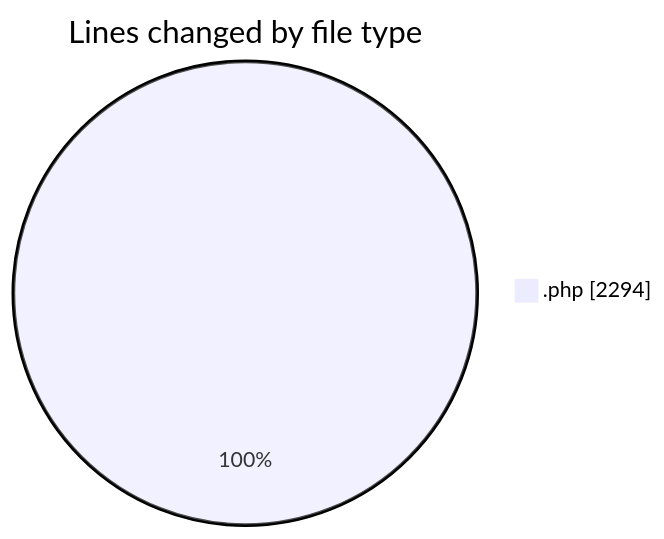
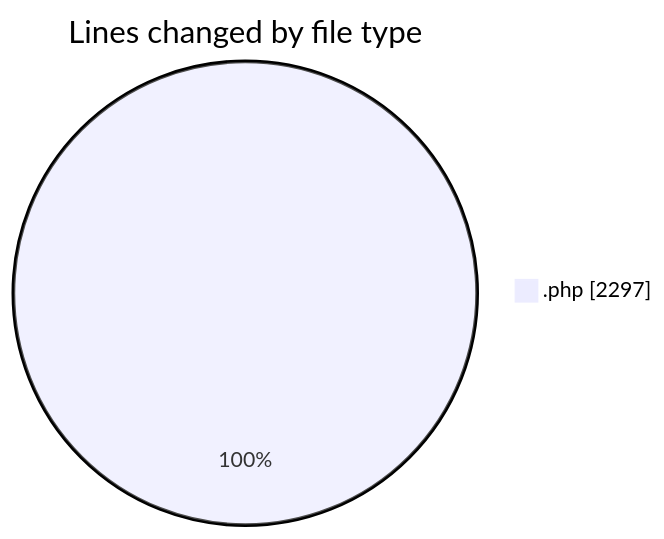
The first of 2 diagrams in 2026-08-13/untitled__workspace_/README.md (debugP/code-tracking), drawn with Mermaid before and after one commit. The commit also changed other lines of this file and 1 other file, not shown here.

````diff
--- a/2026-08-13/untitled__workspace_/README.md
+++ b/2026-08-13/untitled__workspace_/README.md
@@ -20,5 +20,5 @@
 ```mermaid
 pie showData
 title Lines changed by file type
-".php" : 2294
+".php" : 2297
 ```
````
